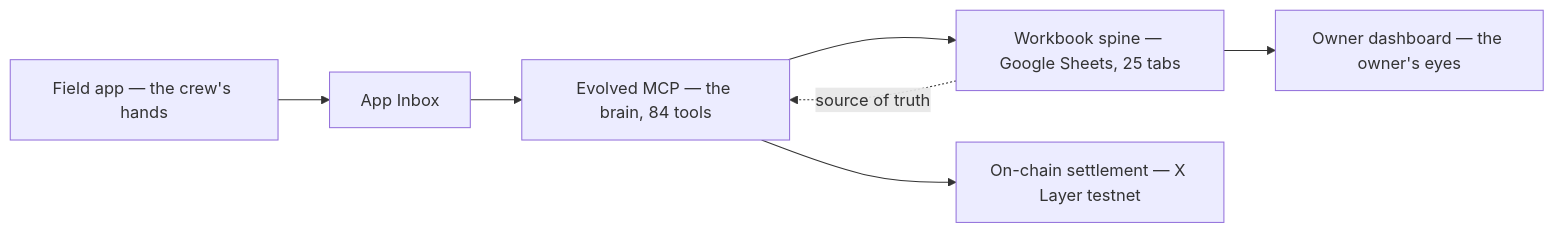
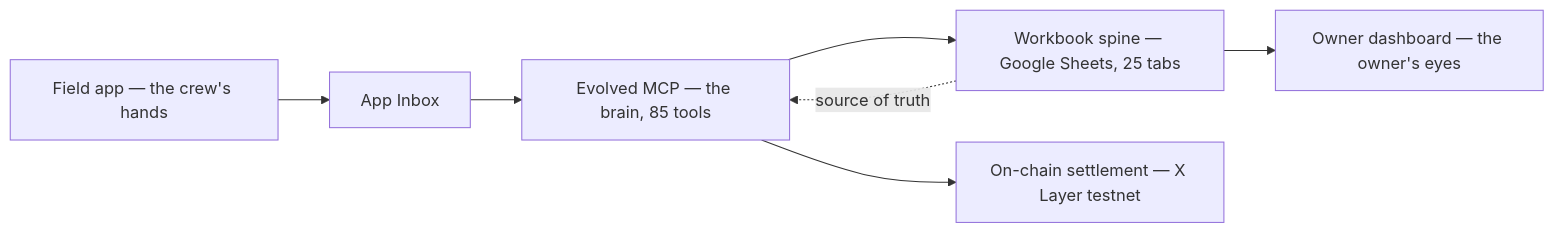
Before and after one commit to kr8tiv-ai/evolved: the first of 2 diagrams in README.md, drawn with Mermaid. The commit also changed other lines of this file and 8 other files, not shown here.

````diff
--- a/README.md
+++ b/README.md
@@ -106,9 +106,9 @@
 ```mermaid
 flowchart LR
     FA["Field app — the crew's hands"] --> INBOX["App Inbox"]
-    INBOX --> MCP["Evolved MCP — the brain, 84 tools"]
+    INBOX --> MCP["Evolved MCP — the brain, 85 tools"]
     MCP --> WB["Workbook spine — Google Sheets, 25 tabs"]
     MCP --> CHAIN["On-chain settlement — X Layer testnet"]
     WB -.->|source of truth| MCP
     WB --> DASH["Owner dashboard — the owner's eyes"]
 ```
````
